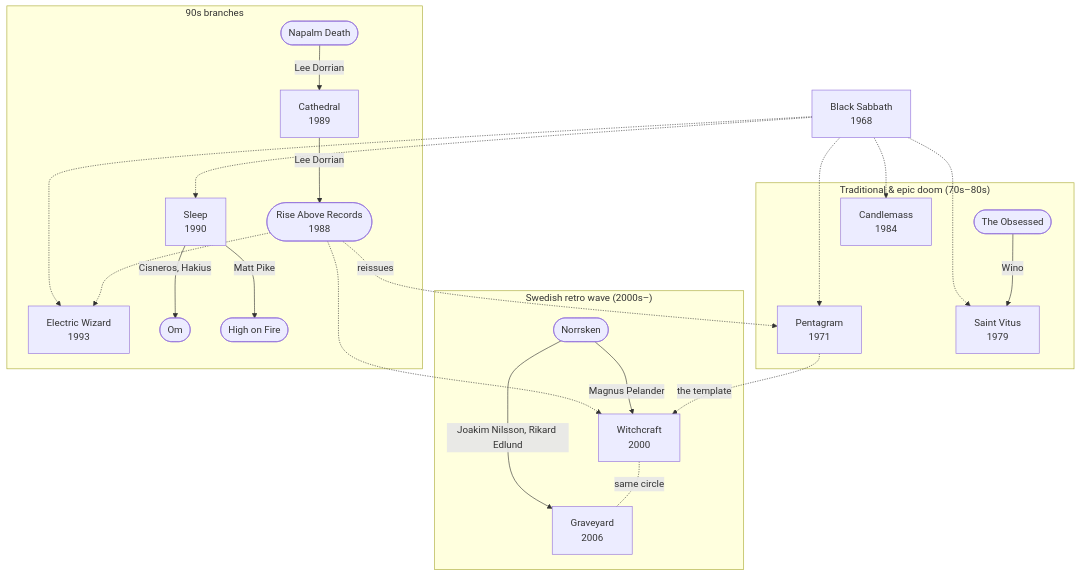
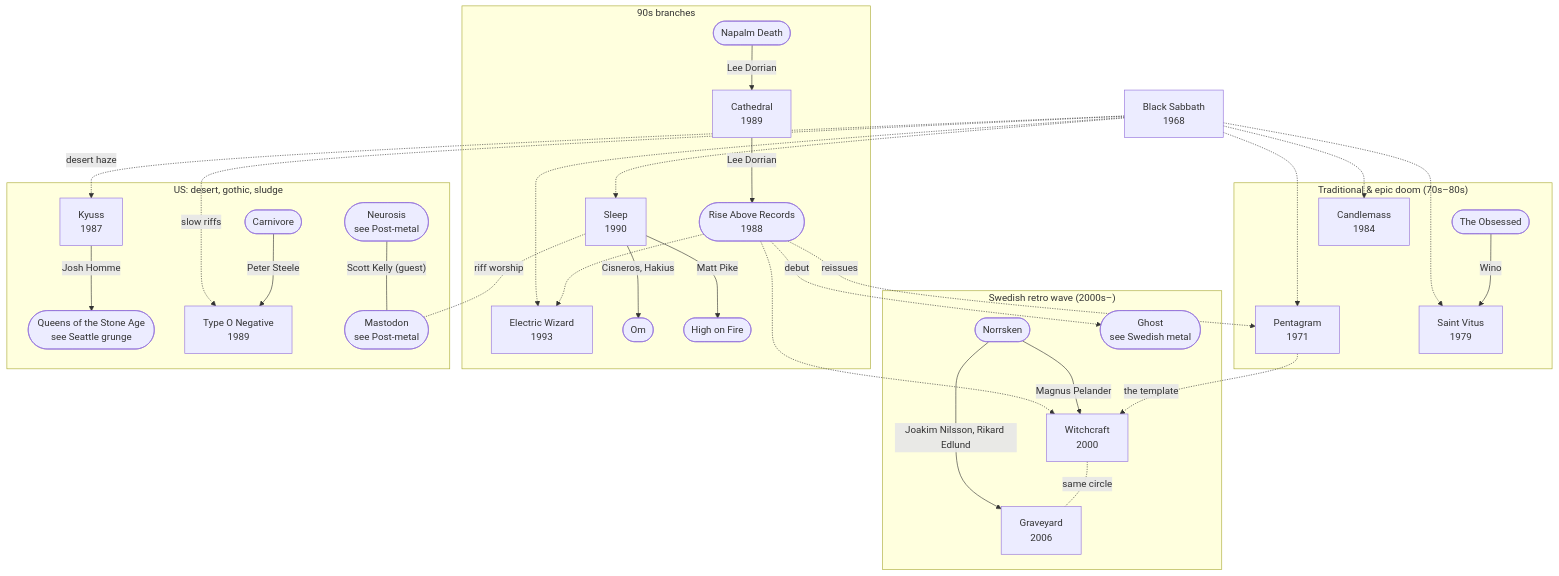
One commit to zrrbite/music-scenes changed the diagram in doom/connections.md. Above: the diagram before and after it, drawn with Mermaid. The commit also changed 66 other files, not shown here.

````diff
--- a/doom/connections.md
+++ b/doom/connections.md
@@ -9,42 +9,58 @@
 ```mermaid
 flowchart TD
     BS["Black Sabbath<br/>1968"]
     subgraph CULT["Traditional & epic doom (70s–80s)"]
         PEN["Pentagram<br/>1971"]
         OBS(["The Obsessed"])
         SV["Saint Vitus<br/>1979"]
         CAN["Candlemass<br/>1984"]
     end
     subgraph NINE["90s branches"]
         ND(["Napalm Death"])
         CAT["Cathedral<br/>1989"]
         RA(["Rise Above Records<br/>1988"])
         SLP["Sleep<br/>1990"]
         EW["Electric Wizard<br/>1993"]
         OM(["Om"])
         HOF(["High on Fire"])
     end
     subgraph SWE["Swedish retro wave (2000s–)"]
         NOR(["Norrsken"])
         WC["Witchcraft<br/>2000"]
         GY["Graveyard<br/>2006"]
+        GHOST(["Ghost<br/>see Swedish metal"])
+    end
+    subgraph US2["US: desert, gothic, sludge"]
+        KYUSS["Kyuss<br/>1987"]
+        QOTSA(["Queens of the Stone Age<br/>see Seattle grunge"])
+        TON["Type O Negative<br/>1989"]
+        CARN(["Carnivore"])
+        MAST(["Mastodon<br/>see Post-metal"])
+        NEU(["Neurosis<br/>see Post-metal"])
     end
 
     BS -.-> PEN
     BS -.-> SV
     BS -.-> CAN
     BS -.-> SLP
     BS -.-> EW
     OBS -- "Wino" --> SV
     ND -- "Lee Dorrian" --> CAT
     CAT -- "Lee Dorrian" --> RA
     RA -.-> EW
     RA -.-> WC
     RA -. "reissues" .-> PEN
     SLP -- "Cisneros, Hakius" --> OM
     SLP -- "Matt Pike" --> HOF
     NOR -- "Magnus Pelander" --> WC
     NOR -- "Joakim Nilsson, Rikard Edlund" --> GY
     PEN -. "the template" .-> WC
     WC -. "same circle" .- GY
+    RA -. "debut" .-> GHOST
+    BS -. "desert haze" .-> KYUSS
+    KYUSS -- "Josh Homme" --> QOTSA
+    BS -. "slow riffs" .-> TON
+    CARN -- "Peter Steele" --> TON
+    NEU -- "Scott Kelly (guest)" --- MAST
+    SLP -. "riff worship" .- MAST
 ```
````
